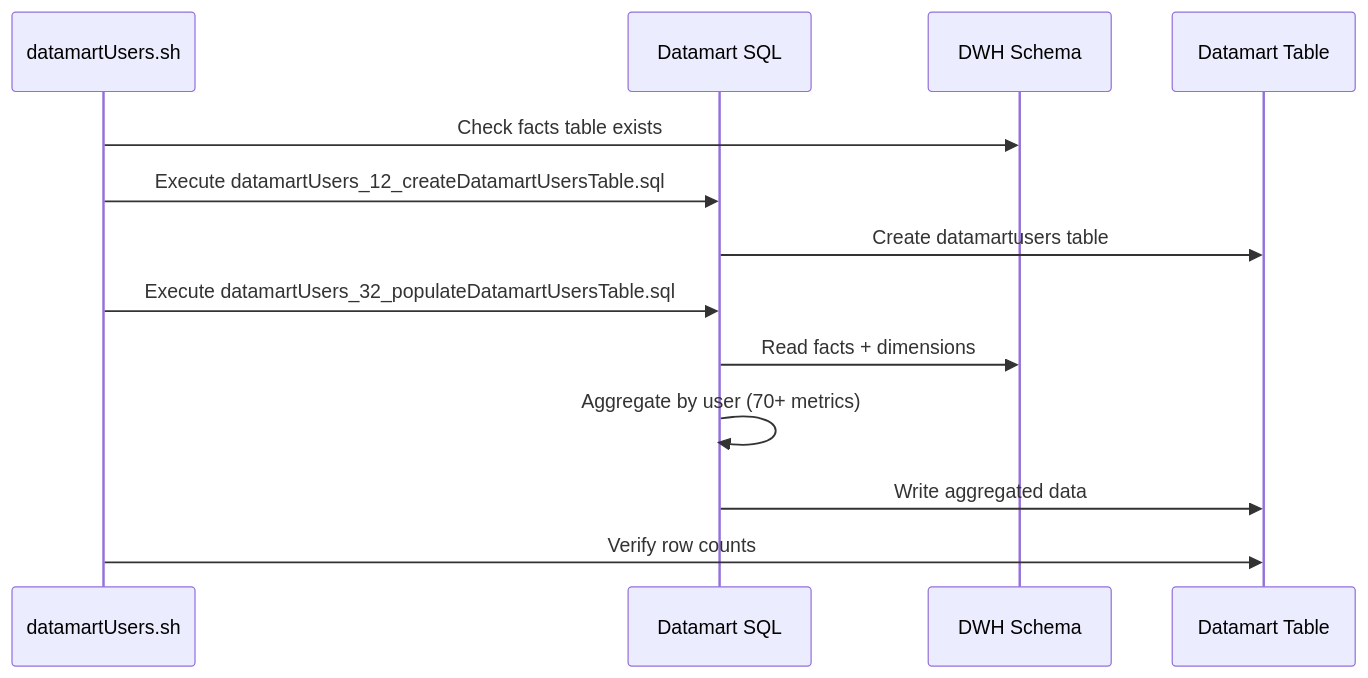
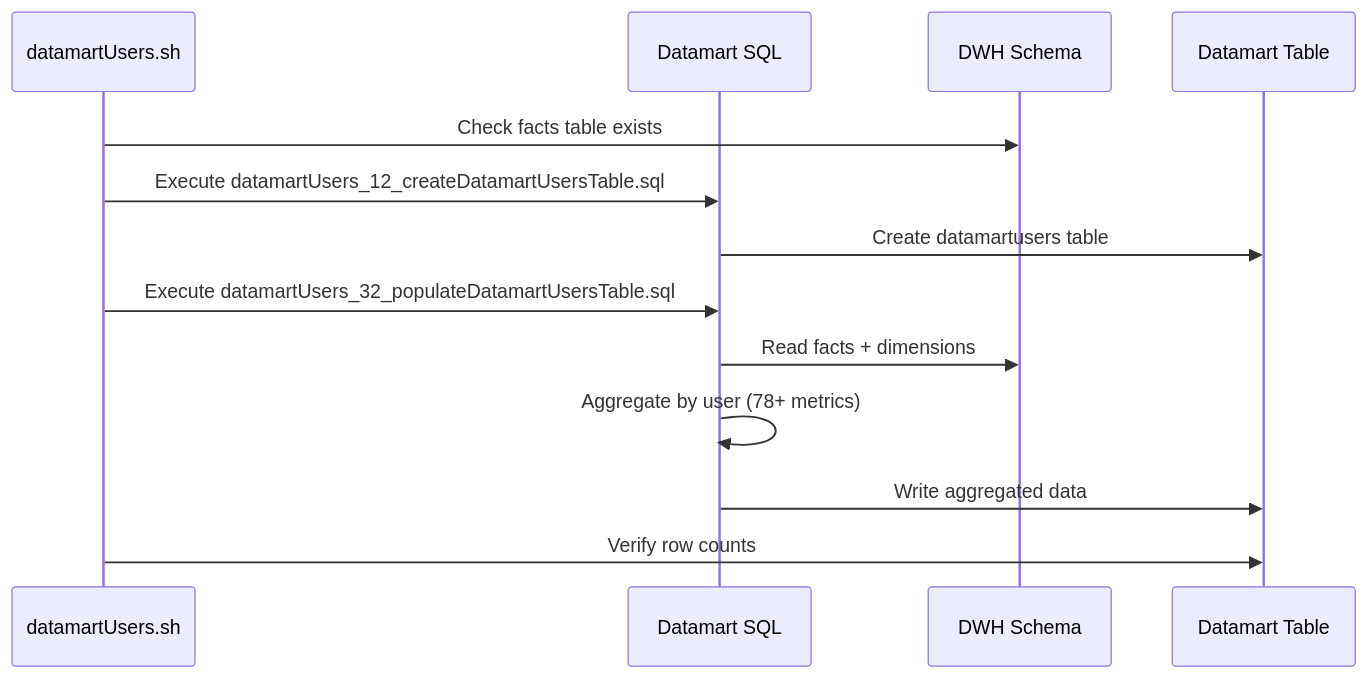
Before and after one commit to OSMLatam/OSM-Notes-Analytics: the fifth of 9 diagrams in docs/Architecture_Diagram.md, drawn with Mermaid. The commit also changed 7 other files, not shown here.

````diff
--- a/docs/Architecture_Diagram.md
+++ b/docs/Architecture_Diagram.md
@@ -320,16 +320,16 @@
 ```mermaid
 sequenceDiagram
     participant Script as datamartUsers.sh
     participant SQL as Datamart SQL
     participant DWH as DWH Schema
     participant DM as Datamart Table
     
     Script->>DWH: Check facts table exists
     Script->>SQL: Execute datamartUsers_12_createDatamartUsersTable.sql
     SQL->>DM: Create datamartusers table
     Script->>SQL: Execute datamartUsers_32_populateDatamartUsersTable.sql
     SQL->>DWH: Read facts + dimensions
-    SQL->>SQL: Aggregate by user (70+ metrics)
+    SQL->>SQL: Aggregate by user (78+ metrics)
     SQL->>DM: Write aggregated data
     Script->>DM: Verify row counts
 ```
````
